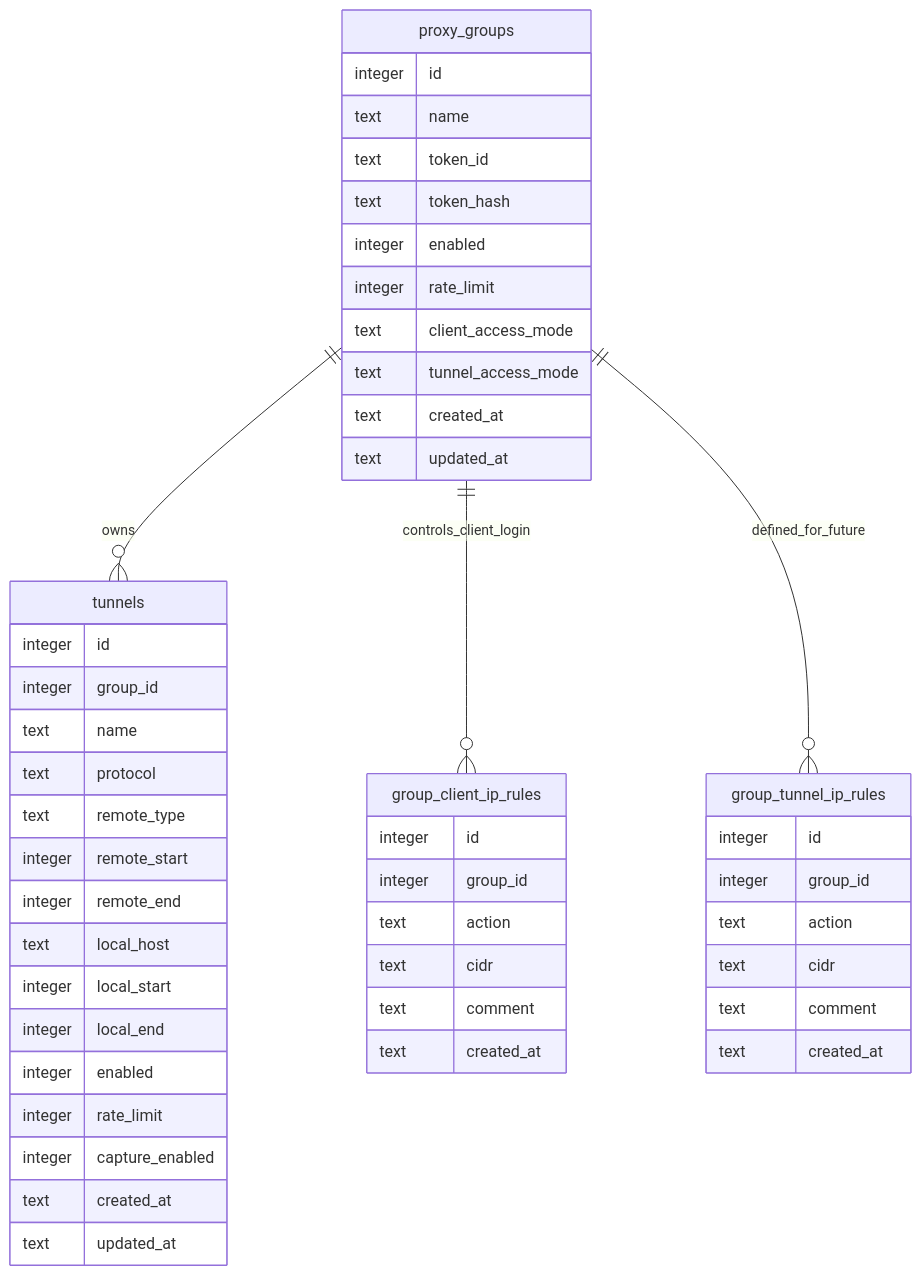
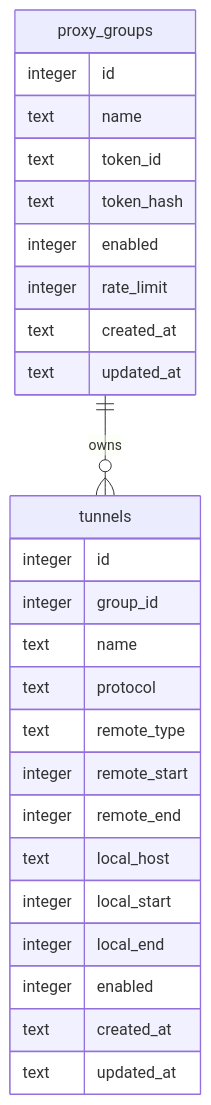
The sixth of 6 diagrams in docs/frps-frpc-current-architecture.md (Zightch/frp), drawn with Mermaid before and after one commit. The commit also changed other lines of this file and 26 other files, not shown here.

````diff
--- a/docs/frps-frpc-current-architecture.md
+++ b/docs/frps-frpc-current-architecture.md
@@ -215,55 +216,31 @@
 ```mermaid
 erDiagram
     proxy_groups ||--o{ tunnels : owns
-    proxy_groups ||--o{ group_client_ip_rules : controls_client_login
-    proxy_groups ||--o{ group_tunnel_ip_rules : defined_for_future
 
     proxy_groups {
         integer id
         text name
         text token_id
         text token_hash
         integer enabled
         integer rate_limit
-        text client_access_mode
-        text tunnel_access_mode
         text created_at
         text updated_at
     }
 
     tunnels {
         integer id
         integer group_id
         text name
         text protocol
         text remote_type
         integer remote_start
         integer remote_end
         text local_host
         integer local_start
         integer local_end
         integer enabled
-        integer rate_limit
-        integer capture_enabled
         text created_at
         text updated_at
     }
-
-    group_client_ip_rules {
-        integer id
-        integer group_id
-        text action
-        text cidr
-        text comment
-        text created_at
-    }
-
-    group_tunnel_ip_rules {
-        integer id
-        integer group_id
-        text action
-        text cidr
-        text comment
-        text created_at
-    }
 ```
````
